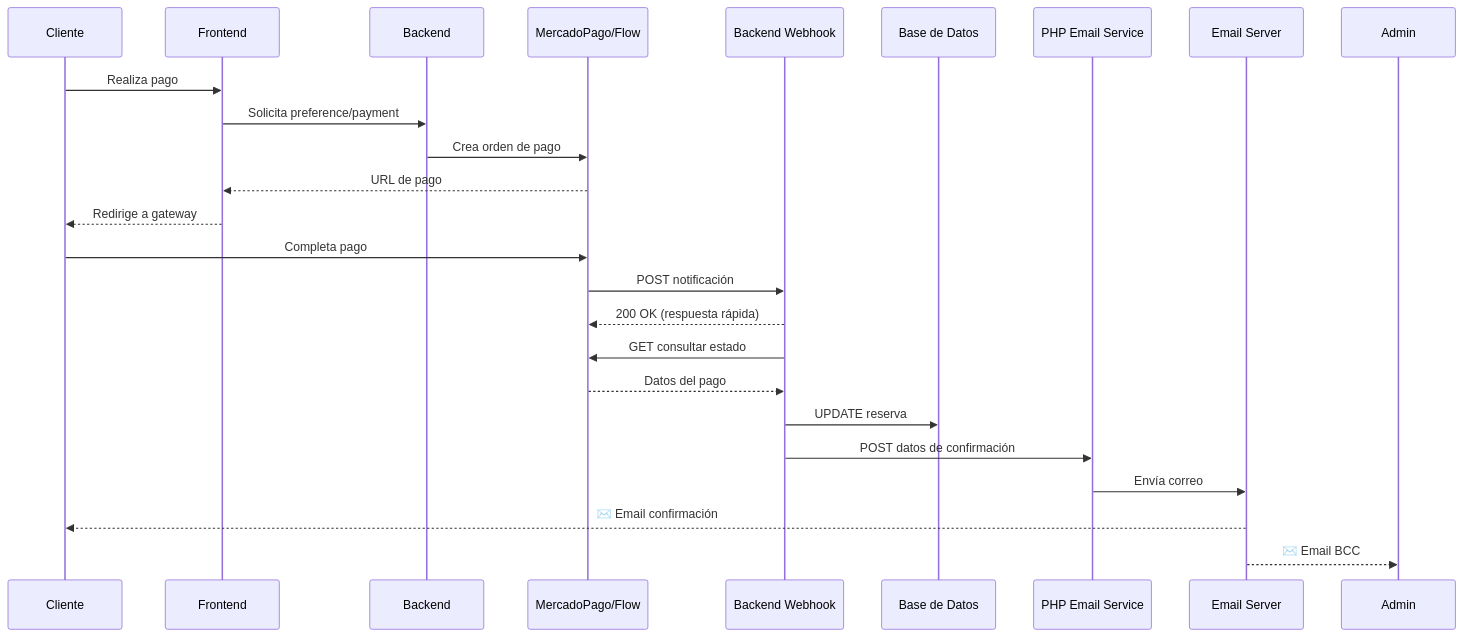
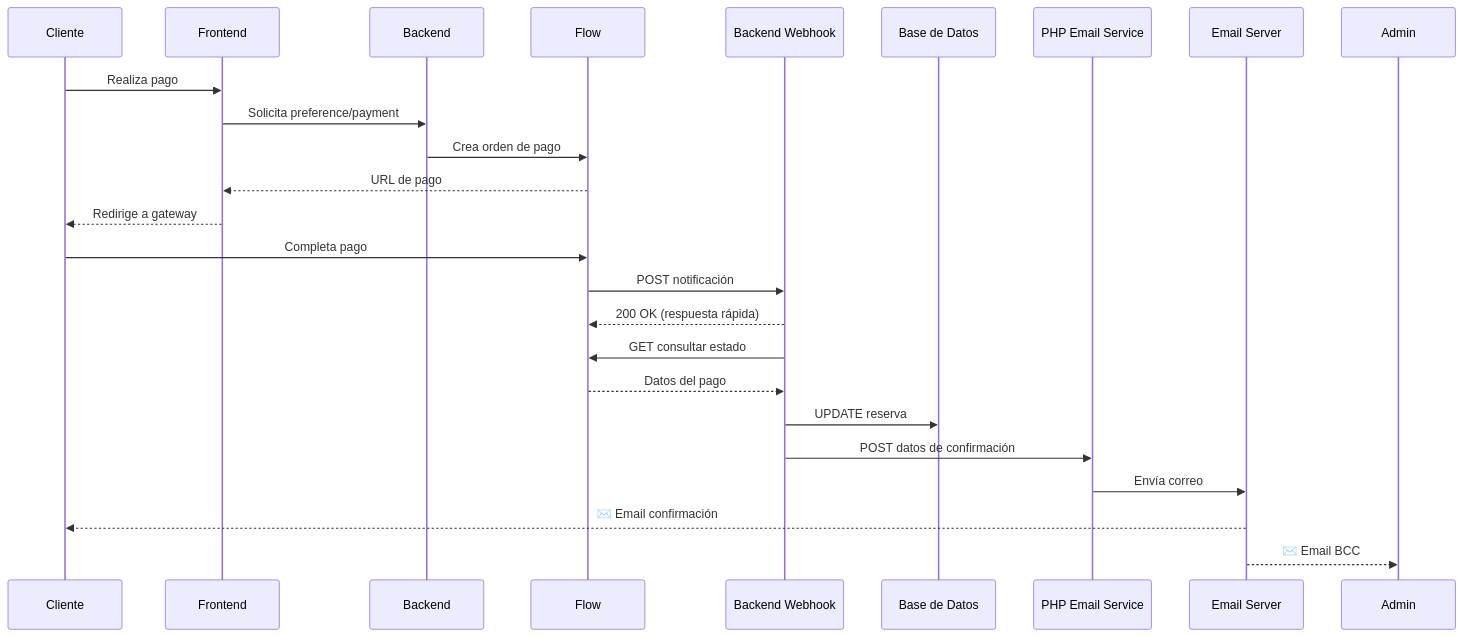
Before and after one commit to WidoMartinez/transportes-araucaria: the diagram in docs/legacy/SISTEMA_NOTIFICACIONES_PAGO.md, drawn with Mermaid. The commit also changed other lines of this file and 7 other files, not shown here.

Commit message:
Eliminadas referencias obsoletas a Mercado Pago en documentación y configuración

````diff
--- a/docs/legacy/SISTEMA_NOTIFICACIONES_PAGO.md
+++ b/docs/legacy/SISTEMA_NOTIFICACIONES_PAGO.md
@@ -118,27 +96,27 @@
 ```mermaid
 sequenceDiagram
     participant Cliente
     participant Frontend
     participant Backend
-    participant Gateway as MercadoPago/Flow
+    participant Gateway as Flow
     participant Webhook as Backend Webhook
     participant BD as Base de Datos
     participant PHP as PHP Email Service
     participant Email as Email Server
 
     Cliente->>Frontend: Realiza pago
     Frontend->>Backend: Solicita preference/payment
     Backend->>Gateway: Crea orden de pago
     Gateway-->>Frontend: URL de pago
     Frontend-->>Cliente: Redirige a gateway
     Cliente->>Gateway: Completa pago
     Gateway->>Webhook: POST notificación
     Webhook-->>Gateway: 200 OK (respuesta rápida)
     Webhook->>Gateway: GET consultar estado
     Gateway-->>Webhook: Datos del pago
     Webhook->>BD: UPDATE reserva
     Webhook->>PHP: POST datos de confirmación
     PHP->>Email: Envía correo
     Email-->>Cliente: ✉️ Email confirmación
     Email-->>Admin: ✉️ Email BCC
 ```
````
